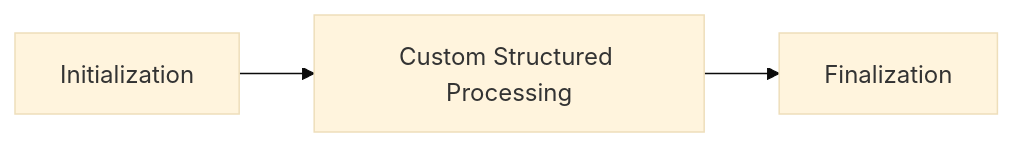
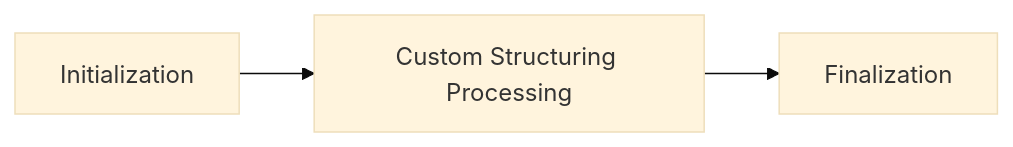
The diagram in docs/index.en.md (nims-mdpf/rdetoolkit), drawn with Mermaid (base theme) before and after one commit. The commit also changed other lines of this file and 40 other files, not shown here.

Commit message:
Rename "Structured Processing" to "Structuring Processing" throughout docs

````diff
--- a/docs/index.en.md
+++ b/docs/index.en.md
@@ -31,5 +31,5 @@
 ```mermaid
 graph LR
-    Initialization --> Custom_Processing[Custom Structured Processing]
+    Initialization --> Custom_Processing[Custom Structuring Processing]
     Custom_Processing --> Finalization
 ```
````
